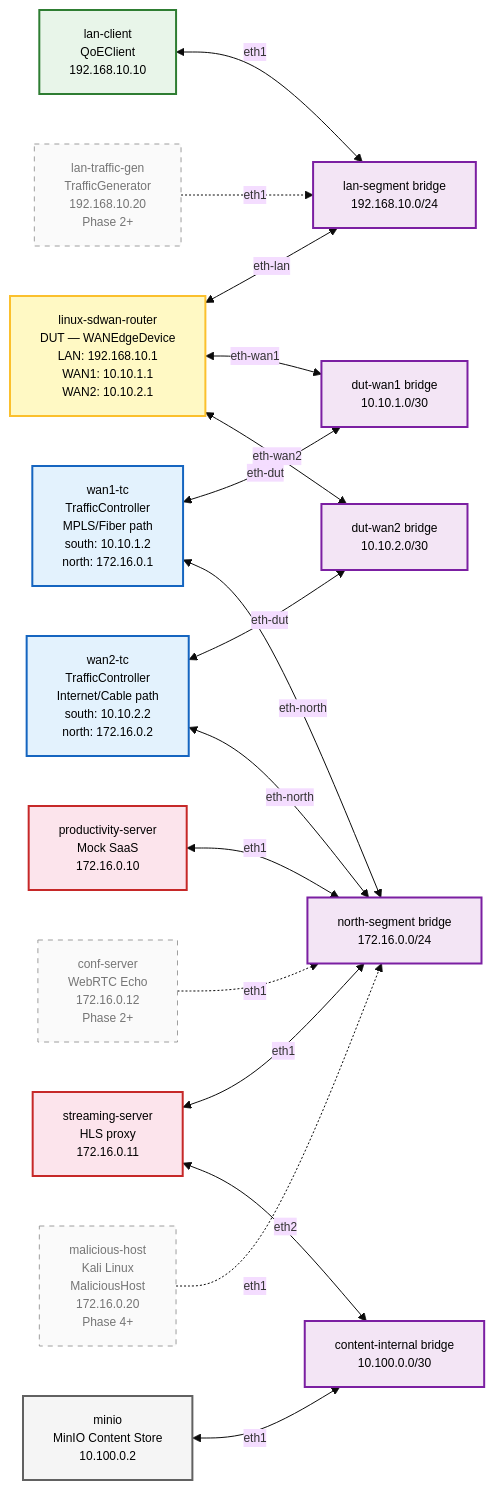
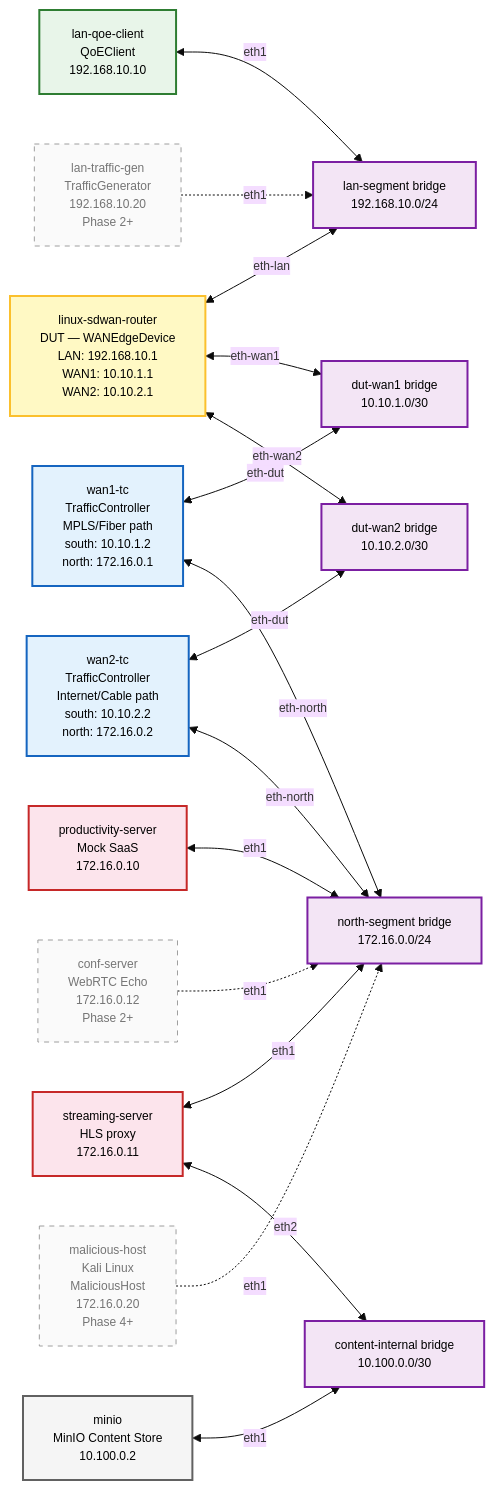
Before and after one commit to alottabits/boardfarm-bdd: the second of 2 diagrams in docs/SDWAN_Testbed_Configuration.md, drawn with Mermaid. The commit also changed other lines of this file and 73 other files, not shown here.

````diff
--- a/docs/SDWAN_Testbed_Configuration.md
+++ b/docs/SDWAN_Testbed_Configuration.md
@@ -114,74 +114,74 @@
 ```mermaid
 %%{init: {'theme': 'base', 'themeVariables': { 'fontSize': '12px', 'fontFamily': 'arial' }}}%%
 graph LR
     %% --- LAN SIDE ---
-    LAN_CLIENT[lan-client<br/>QoEClient<br/>192.168.10.10]
+    LAN_CLIENT[lan-qoe-client<br/>QoEClient<br/>192.168.10.10]
     LAN_GEN[lan-traffic-gen<br/>TrafficGenerator<br/>192.168.10.20<br/>Phase 2+]
 
     %% --- OVS BRIDGES ---
     BR_LAN[lan-segment bridge<br/>192.168.10.0/24]
     BR_WAN1[dut-wan1 bridge<br/>10.10.1.0/30]
     BR_WAN2[dut-wan2 bridge<br/>10.10.2.0/30]
     BR_NORTH[north-segment bridge<br/>172.16.0.0/24]
     BR_CONTENT[content-internal bridge<br/>10.100.0.0/30]
 
     %% --- DUT ---
     DUT[linux-sdwan-router<br/>DUT — WANEdgeDevice<br/>LAN: 192.168.10.1<br/>WAN1: 10.10.1.1<br/>WAN2: 10.10.2.1]
 
     %% --- TRAFFIC CONTROLLERS ---
     TC1[wan1-tc<br/>TrafficController<br/>MPLS/Fiber path<br/>south: 10.10.1.2<br/>north: 172.16.0.1]
     TC2[wan2-tc<br/>TrafficController<br/>Internet/Cable path<br/>south: 10.10.2.2<br/>north: 172.16.0.2]
 
     %% --- NORTH SIDE SERVICES ---
     PROD[productivity-server<br/>Mock SaaS<br/>172.16.0.10]
     STREAM[streaming-server<br/>HLS proxy<br/>172.16.0.11]
     CONF[conf-server<br/>WebRTC Echo<br/>172.16.0.12<br/>Phase 2+]
     MAL[malicious-host<br/>Kali Linux<br/>MaliciousHost<br/>172.16.0.20<br/>Phase 4+]
 
     %% --- CONTENT ORIGIN ---
     MINIO[minio<br/>MinIO Content Store<br/>10.100.0.2]
 
     %% --- LAN CONNECTIONS ---
     LAN_CLIENT <-->|eth1| BR_LAN
     LAN_GEN -. eth1 .-> BR_LAN
     DUT <-->|eth-lan| BR_LAN
 
     %% --- DUT-to-TC CONNECTIONS ---
     DUT <-->|eth-wan1| BR_WAN1
     TC1 <-->|eth-dut| BR_WAN1
 
     DUT <-->|eth-wan2| BR_WAN2
     TC2 <-->|eth-dut| BR_WAN2
 
     %% --- TC-to-NORTH CONNECTIONS ---
     TC1 <-->|eth-north| BR_NORTH
     TC2 <-->|eth-north| BR_NORTH
 
     %% --- NORTH-SIDE CONNECTIONS ---
     PROD <-->|eth1| BR_NORTH
     STREAM <-->|eth1| BR_NORTH
     CONF -. eth1 .-> BR_NORTH
     MAL -. eth1 .-> BR_NORTH
 
     %% --- CONTENT-INTERNAL CONNECTIONS ---
     STREAM <-->|eth2| BR_CONTENT
     MINIO <-->|eth1| BR_CONTENT
 
     %% --- STYLING ---
     classDef dut fill:#fff9c4,stroke:#fbc02d,stroke-width:2px,color:black
     classDef tc fill:#e3f2fd,stroke:#1565c0,stroke-width:2px,color:black
     classDef client fill:#e8f5e9,stroke:#2e7d32,stroke-width:2px,color:black
     classDef north fill:#fce4ec,stroke:#c62828,stroke-width:2px,color:black
     classDef planned fill:#fafafa,stroke:#9e9e9e,stroke-width:1px,stroke-dasharray:5 5,color:#757575
     classDef bridge fill:#f3e5f5,stroke:#7b1fa2,stroke-width:2px,color:black
     classDef infra fill:#f5f5f5,stroke:#616161,stroke-width:2px,color:black
 
     class DUT dut
     class TC1,TC2 tc
     class LAN_CLIENT client
     class LAN_GEN planned
     class PROD,STREAM north
     class CONF,MAL planned
     class BR_LAN,BR_WAN1,BR_WAN2,BR_NORTH,BR_CONTENT bridge
     class MINIO infra
 ```
````
